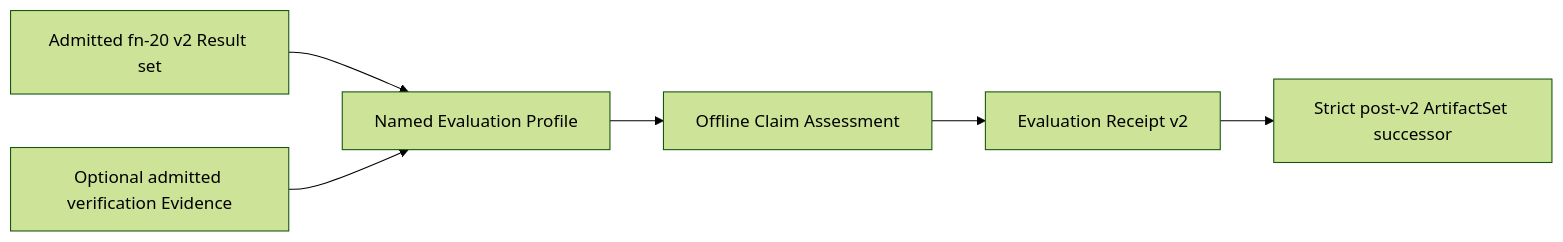
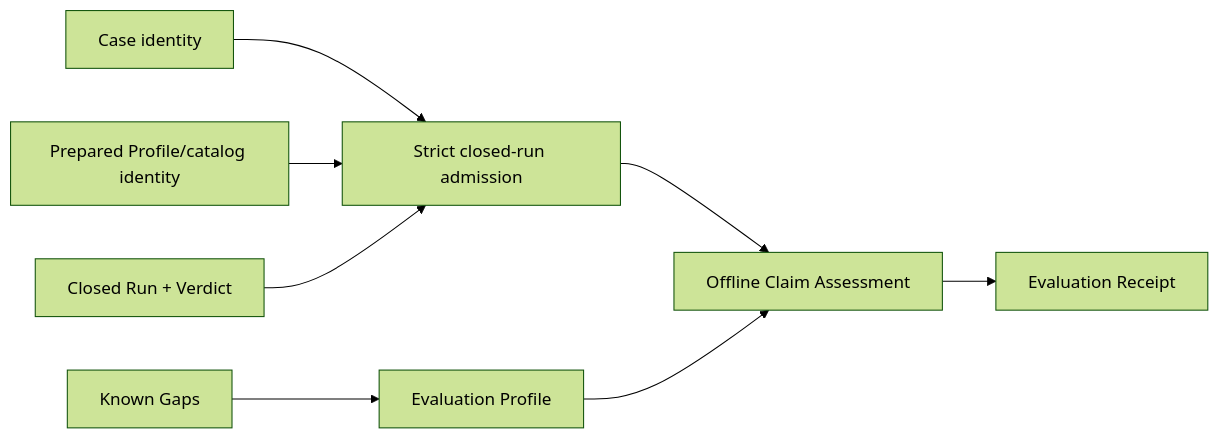
One commit to stephanos/temporal changed the diagram in .flow/specs/fn-26-local-qualification-receipts-and-staged.md. Above: the diagram before and after it, drawn with Mermaid (forest theme). The commit also changed other lines of this file and 120 other files, not shown here.

````diff
--- a/.flow/specs/fn-26-local-qualification-receipts-and-staged.md
+++ b/.flow/specs/fn-26-local-qualification-receipts-and-staged.md
@@ -13,8 +13,10 @@
 ```mermaid
 flowchart LR
-  A[Admitted fn-20 v2 Result set] --> B[Named Evaluation Profile]
-  V[Optional admitted verification Evidence] --> B
-  B --> C[Offline Claim Assessment]
-  C --> R[Evaluation Receipt v2]
-  R --> S[Strict post-v2 ArtifactSet successor]
+  C[Case identity] --> A[Strict closed-run admission]
+  P[Prepared Profile/catalog identity] --> A
+  R[Closed Run + Verdict] --> A
+  G[Known Gaps] --> E[Evaluation Profile]
+  A --> Q[Offline Claim Assessment]
+  E --> Q
+  Q --> X[Evaluation Receipt]
 ```
````
